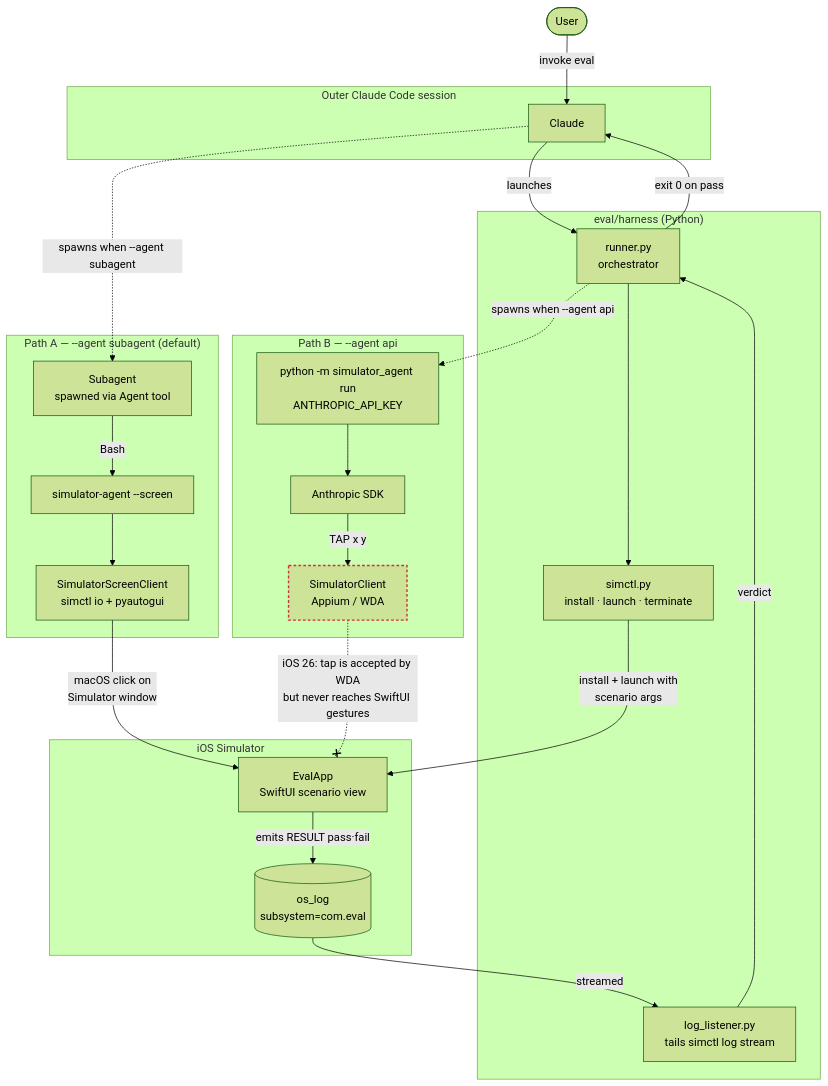
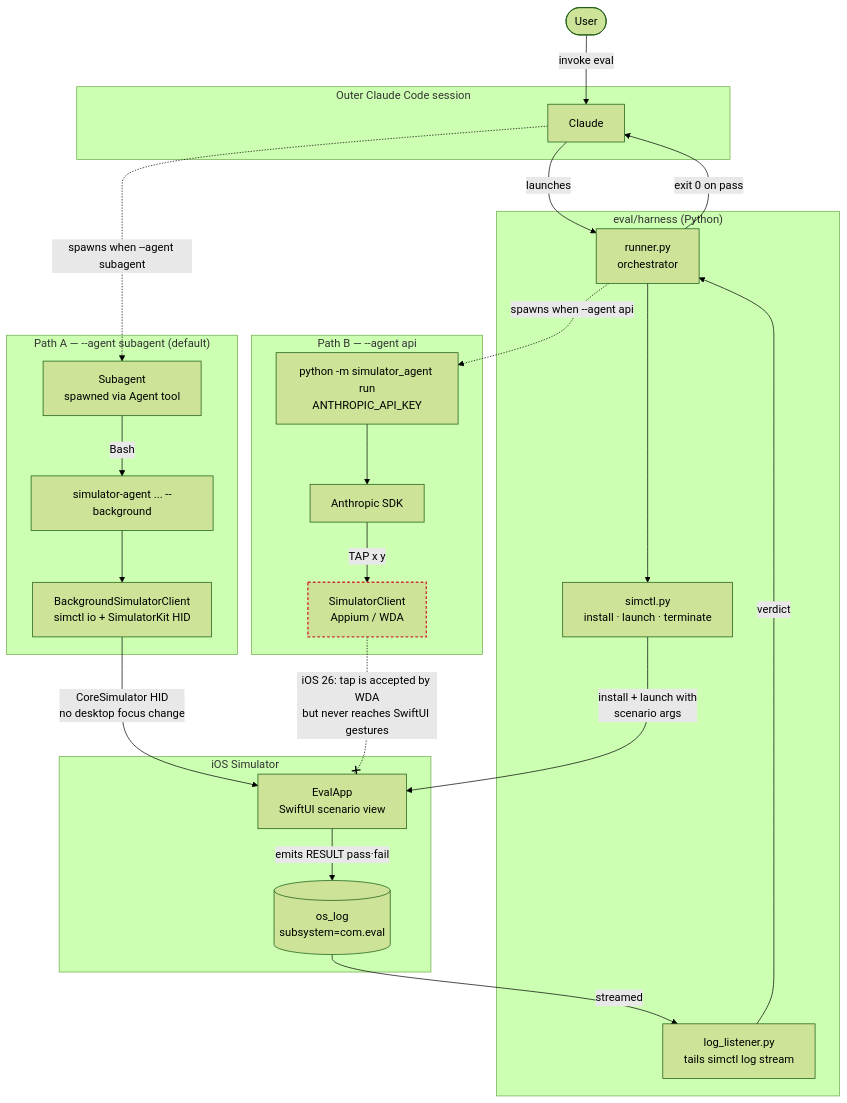
One commit to rfgordan/iris-assistant changed the diagram in README.md. Above: the diagram before and after it, drawn with Mermaid (forest theme). The commit also changed other lines of this file and 4 other files, not shown here.

Commit message:
Add background simulator HID input mode

````diff
--- a/README.md
+++ b/README.md
@@ -72,58 +72,58 @@
 ```mermaid
 flowchart TB
     User([User])
 
     subgraph Outer["Outer Claude Code session"]
         CC[Claude]
     end
 
     subgraph Harness["eval/harness (Python)"]
         Runner[runner.py<br/>orchestrator]
         Sctl[simctl.py<br/>install · launch · terminate]
         LL[log_listener.py<br/>tails simctl log stream]
     end
 
     subgraph Sim["iOS Simulator"]
         EvalApp[EvalApp<br/>SwiftUI scenario view]
         OSLog[(os_log<br/>subsystem=com.eval)]
     end
 
     %% ── Path A: subagent (default) ───────────────────────────────
     subgraph PathA["Path A — --agent subagent (default)"]
         Sub[Subagent<br/>spawned via Agent tool]
-        CLI[simulator-agent --screen]
-        Screen[SimulatorScreenClient<br/>simctl io + pyautogui]
+        CLI[simulator-agent ... --background]
+        Screen[BackgroundSimulatorClient<br/>simctl io + SimulatorKit HID]
     end
 
     %% ── Path B: api (fallback) ───────────────────────────────────
     subgraph PathB["Path B — --agent api"]
         SARun[python -m simulator_agent run<br/>ANTHROPIC_API_KEY]
         SDK[Anthropic SDK]
         WDA[SimulatorClient<br/>Appium / WDA]
     end
 
     %% Common harness/signal loop
     User -->|invoke eval| CC
     CC -->|launches| Runner
     Runner --> Sctl
     Sctl -->|install + launch with<br/>scenario args| EvalApp
     EvalApp -->|emits RESULT pass·fail| OSLog
     OSLog -->|streamed| LL
     LL -->|verdict| Runner
     Runner -->|exit 0 on pass| CC
 
     %% Path A wiring
     CC -. spawns when --agent subagent .-> Sub
     Sub -->|Bash| CLI
     CLI --> Screen
-    Screen -->|macOS click on<br/>Simulator window| EvalApp
+    Screen -->|CoreSimulator HID<br/>no desktop focus change| EvalApp
 
     %% Path B wiring
     Runner -. spawns when --agent api .-> SARun
     SARun --> SDK
     SDK -->|TAP x y| WDA
     WDA -. iOS 26: tap is accepted by WDA<br/>but never reaches SwiftUI gestures .-x EvalApp
 
     classDef broken stroke:#c33,stroke-width:2px,stroke-dasharray:4 3;
     class WDA broken;
 ```
````
